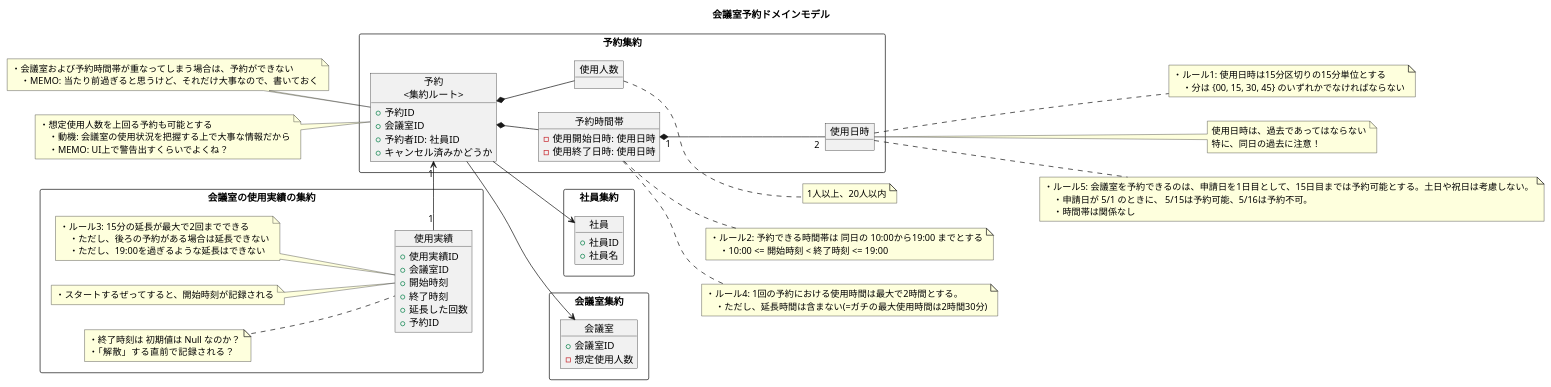
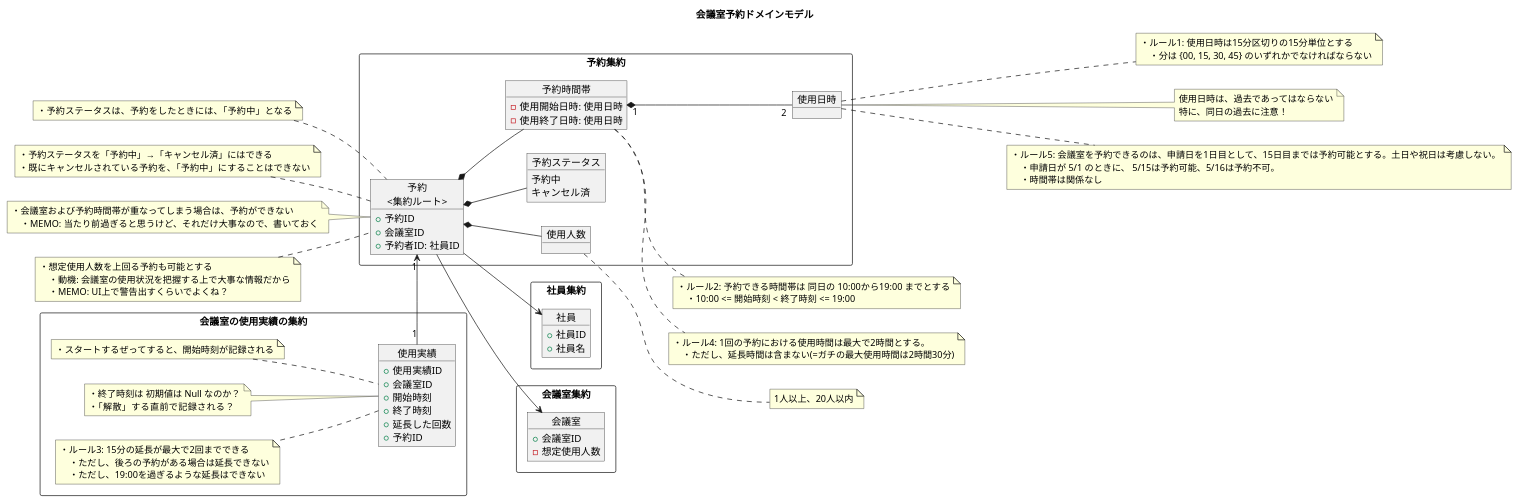
The diagram in diagram/ドメインモデル.puml (ModelingKai/meeting-room-python), drawn with PlantUML before and after one commit.

Commit message:
ドメインモデル更新。「予約ステータス」という概念をくくりだした。
- キャンセルしたかどうかは、ドメイン上重要な情報である
    - 「キャンセルした事実」を残すので、「キャンセルする」はデータ削除ではないはず
- 予約ステータスには、「実績系のステータス」は入らないはず
    - 実績に関係するステータスが必要だとしても、それは実績集約の方にでてくるはずだ

```diff
--- a/diagram/ドメインモデル.puml
+++ b/diagram/ドメインモデル.puml
@@ -1,129 +1,144 @@
 @startuml
 
 title 会議室予約ドメインモデル
 
 left to right direction
 
 rectangle 社員集約 {
     object 社員 {
         + 社員ID
         + 社員名
     }
 }
 
 rectangle 予約集約 {
     object "予約\n<集約ルート>" as c1 {
         + 予約ID
         + 会議室ID
         + 予約者ID: 社員ID
-        + キャンセル済みかどうか
+    }
+
+    object 予約ステータス {
+        予約中
+        キャンセル済
     }
 
     object 使用人数 {
     }
 
     object 予約時間帯 {
         - 使用開始日時: 使用日時
         - 使用終了日時: 使用日時
     }
 
 
     object 使用日時 {
     }
 }
 
 
 rectangle 会議室の使用実績の集約 {
     object "使用実績"  as c2{
         + 使用実績ID
         + 会議室ID
         + 開始時刻
         + 終了時刻
         + 延長した回数
 
         + 予約ID
     }
 
     note left of c2
     ・スタートするぜってすると、開始時刻が記録される
     end note
 
     note left of c2
     ・終了時刻は 初期値は Null なのか？
     ・「解散」する直前で記録される？
     end note
 
     note left of c2
     ・ルール3: 15分の延長が最大で2回までできる
         ・ただし、後ろの予約がある場合は延長できない
         ・ただし、19:00を過ぎるような延長はできない
     end note
 
     c2 "1" -right-> "1" c1
 
 }
 
 rectangle 会議室集約 {
     object 会議室 {
         + 会議室ID
         - 想定使用人数
     }
 }
 
 
 c1 --> 会議室
 c1 --> 社員
 c1 *-- 使用人数
 c1 *-- 予約時間帯
+c1 *-- 予約ステータス
 予約時間帯 "1" *-- "2" 使用日時
 
+
 ' ===== 予約 =====
+note left of c1
+・予約ステータスは、予約をしたときには、「予約中」となる
+end note
+
+note left of c1
+・予約ステータスを「予約中」→「キャンセル済」にはできる
+・既にキャンセルされている予約を、「予約中」にすることはできない
+end note
+
 
 note left of c1
 ・会議室および予約時間帯が重なってしまう場合は、予約ができない
     ・MEMO: 当たり前過ぎると思うけど、それだけ大事なので、書いておく
 end note
 
 note left of c1
 ・想定使用人数を上回る予約も可能とする
     ・動機: 会議室の使用状況を把握する上で大事な情報だから
     ・MEMO: UI上で警告出すくらいでよくね？
 end note
 
 
 
 ' ===== 予約時間帯 =====
 note right of 予約時間帯
 ・ルール2: 予約できる時間帯は 同日の 10:00から19:00 までとする
     ・10:00 <= 開始時刻 < 終了時刻 <= 19:00
 end note
 
 
 note right of 予約時間帯
 ・ルール4: 1回の予約における使用時間は最大で2時間とする。
     ・ただし、延長時間は含まない(=ガチの最大使用時間は2時間30分)
 end note
 
 
 ' ===== 使用日時 =====
 note right of 使用日時
 ・ルール1: 使用日時は15分区切りの15分単位とする
     ・分は {00, 15, 30, 45} のいずれかでなければならない
 end note
 
 note right of 使用日時
 使用日時は、過去であってはならない
 特に、同日の過去に注意！
 end note
 
 note right of 使用日時
 ・ルール5: 会議室を予約できるのは、申請日を1日目として、15日目までは予約可能とする。土日や祝日は考慮しない。
     ・申請日が 5/1 のときに、 5/15は予約可能、5/16は予約不可。
     ・時間帯は関係なし
 end note
 
 note right of 使用人数
 1人以上、20人以内
 end note
 
 @enduml
```
